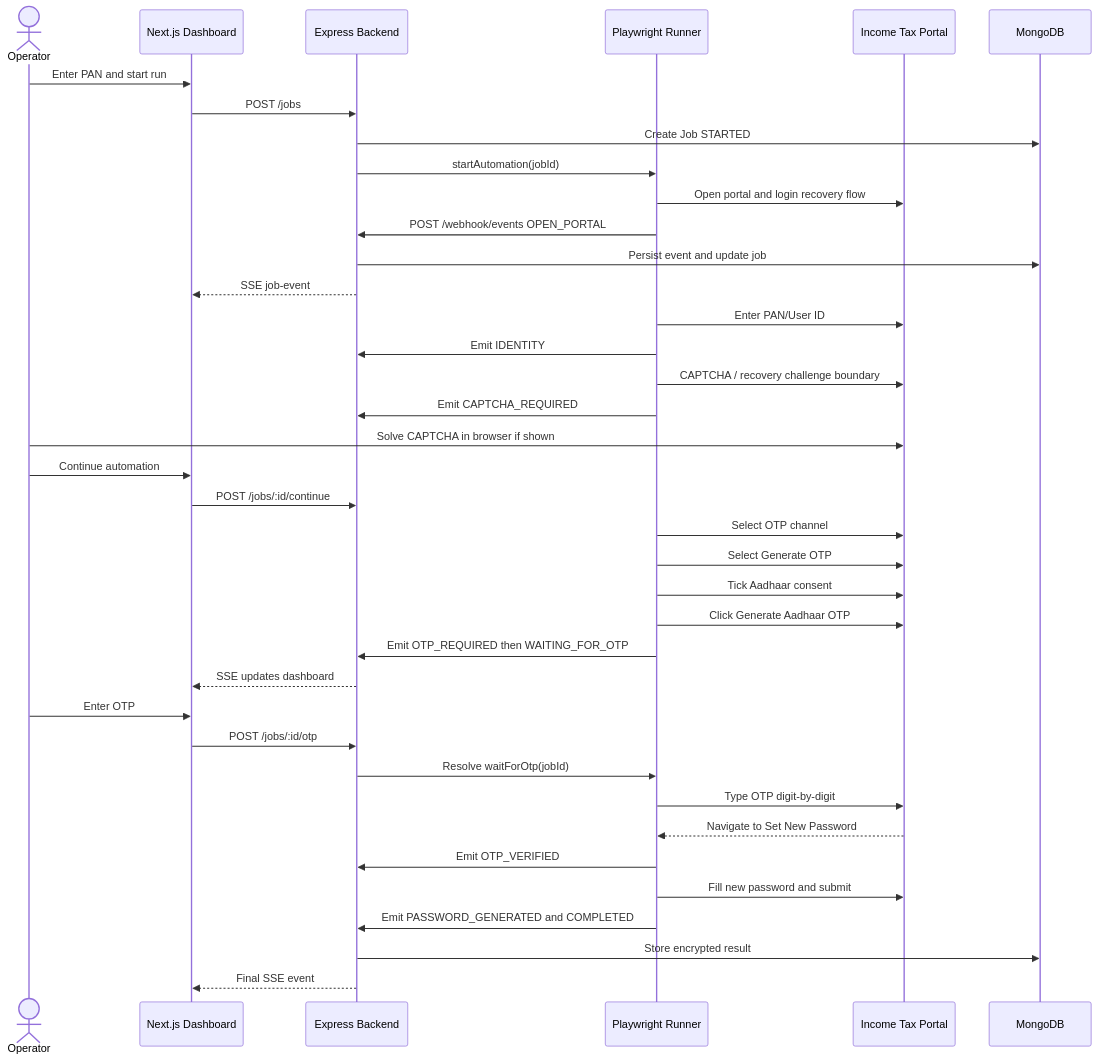
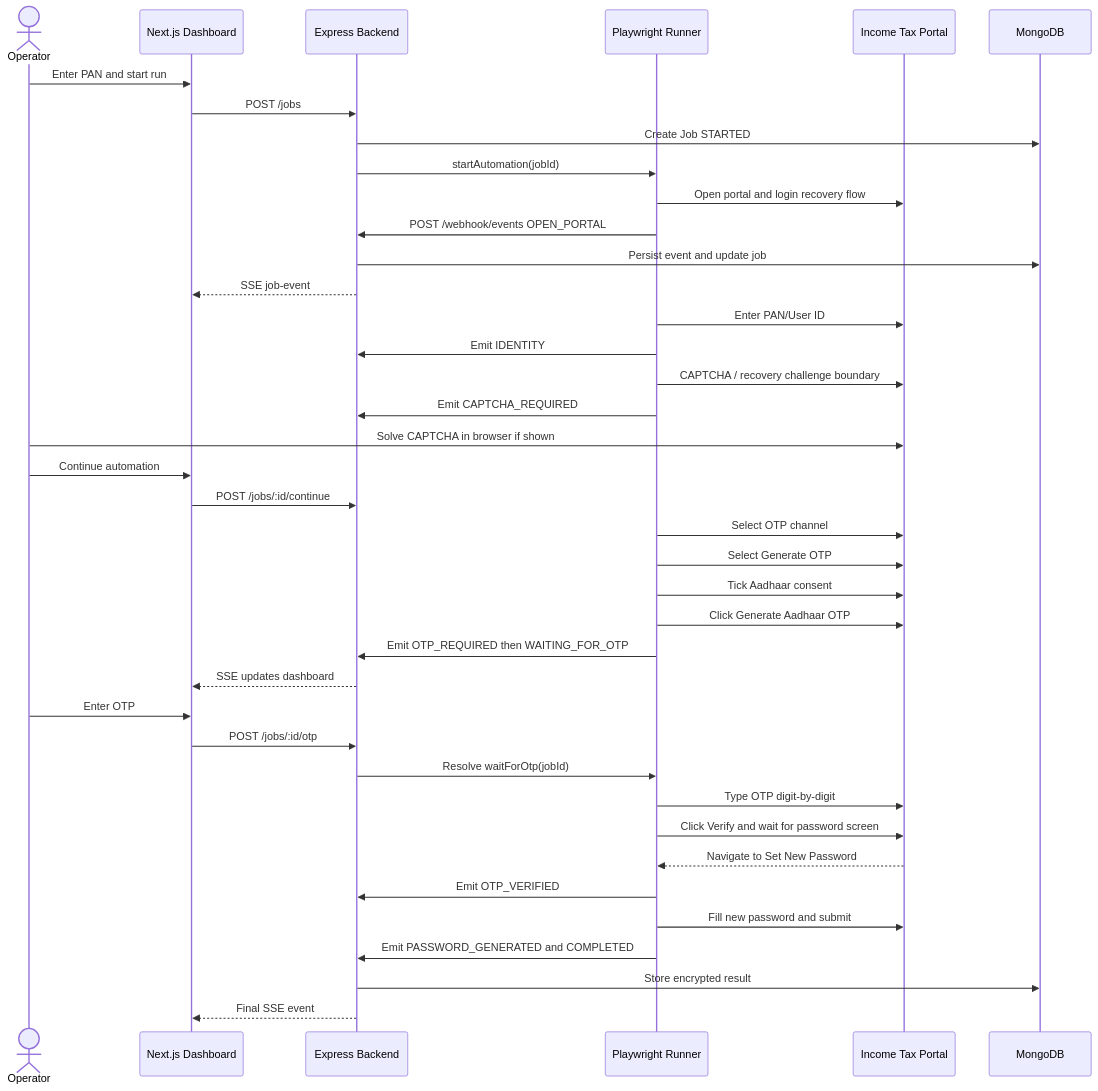
The second of 5 diagrams in README.md (dhananjayverma/Automation_frontend), drawn with Mermaid before and after one commit. The commit also changed other lines of this file and 1 other file, not shown here.

````diff
--- a/README.md
+++ b/README.md
@@ -112,44 +112,45 @@
 ```mermaid
 sequenceDiagram
     actor Operator
     participant UI as Next.js Dashboard
     participant API as Express Backend
     participant Runner as Playwright Runner
     participant Portal as Income Tax Portal
     participant DB as MongoDB
 
     Operator->>UI: Enter PAN and start run
     UI->>API: POST /jobs
     API->>DB: Create Job STARTED
     API->>Runner: startAutomation(jobId)
     Runner->>Portal: Open portal and login recovery flow
     Runner->>API: POST /webhook/events OPEN_PORTAL
     API->>DB: Persist event and update job
     API-->>UI: SSE job-event
 
     Runner->>Portal: Enter PAN/User ID
     Runner->>API: Emit IDENTITY
     Runner->>Portal: CAPTCHA / recovery challenge boundary
     Runner->>API: Emit CAPTCHA_REQUIRED
     Operator->>Portal: Solve CAPTCHA in browser if shown
     Operator->>UI: Continue automation
     UI->>API: POST /jobs/:id/continue
 
     Runner->>Portal: Select OTP channel
     Runner->>Portal: Select Generate OTP
     Runner->>Portal: Tick Aadhaar consent
     Runner->>Portal: Click Generate Aadhaar OTP
     Runner->>API: Emit OTP_REQUIRED then WAITING_FOR_OTP
     API-->>UI: SSE updates dashboard
 
     Operator->>UI: Enter OTP
     UI->>API: POST /jobs/:id/otp
     API->>Runner: Resolve waitForOtp(jobId)
     Runner->>Portal: Type OTP digit-by-digit
+    Runner->>Portal: Click Verify and wait for password screen
     Portal-->>Runner: Navigate to Set New Password
     Runner->>API: Emit OTP_VERIFIED
     Runner->>Portal: Fill new password and submit
     Runner->>API: Emit PASSWORD_GENERATED and COMPLETED
     API->>DB: Store encrypted result
     API-->>UI: Final SSE event
 ```
````
